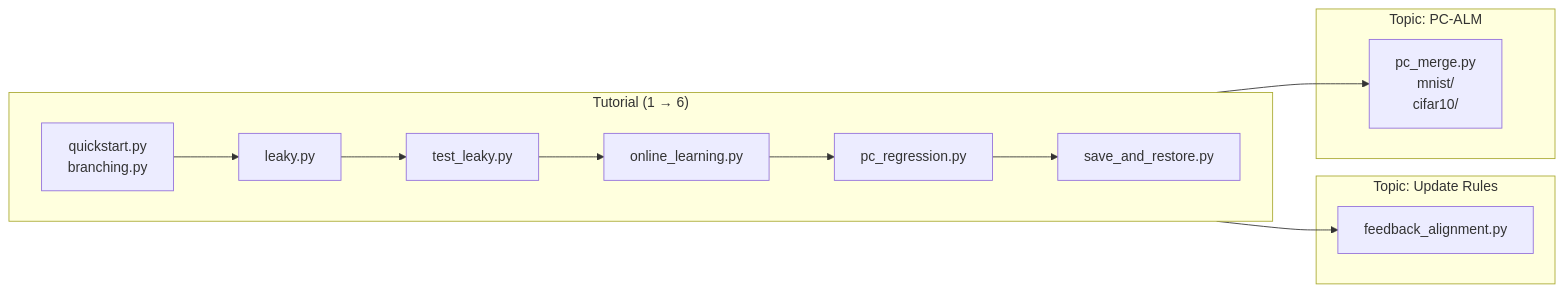
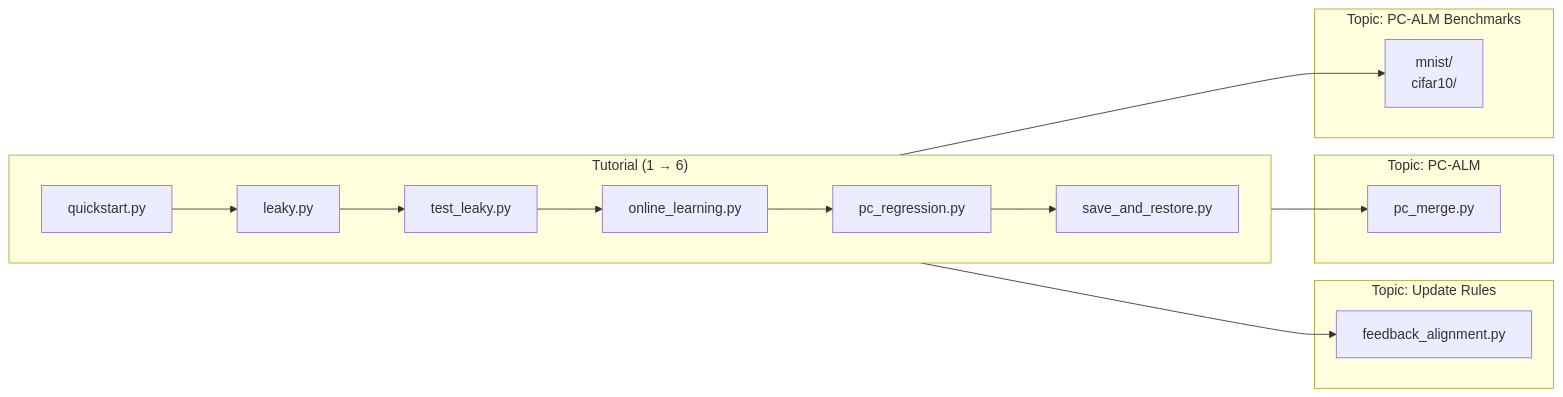
One commit to Geson-anko/mujou changed the diagram in docs/en/examples.md. Above: the diagram before and after it, drawn with Mermaid. The commit also changed other lines of this file and 49 other files, not shown here.

````diff
--- a/docs/en/examples.md
+++ b/docs/en/examples.md
@@ -7,15 +5,19 @@
 ```mermaid
 flowchart LR
     subgraph T["Tutorial (1 → 6)"]
         direction LR
-        q["quickstart.py<br>branching.py"] --> l["leaky.py"] --> t["test_leaky.py"] --> o["online_learning.py"] --> p["pc_regression.py"] --> s["save_and_restore.py"]
+        q["quickstart.py"] --> l["leaky.py"] --> t["test_leaky.py"] --> o["online_learning.py"] --> p["pc_regression.py"] --> s["save_and_restore.py"]
     end
     subgraph U["Topic: Update Rules"]
         f["feedback_alignment.py"]
     end
     subgraph P["Topic: PC-ALM"]
-        m["pc_merge.py<br>mnist/<br>cifar10/"]
+        m["pc_merge.py"]
+    end
+    subgraph B["Topic: PC-ALM Benchmarks"]
+        b["mnist/<br>cifar10/"]
     end
     o --> f
     p --> m
+    p --> b
 ```
````
